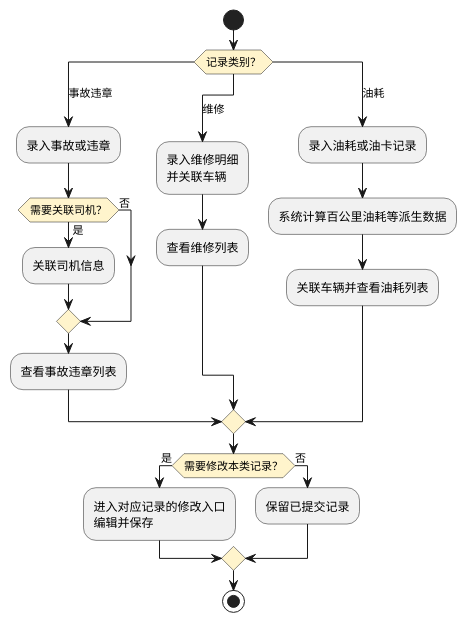
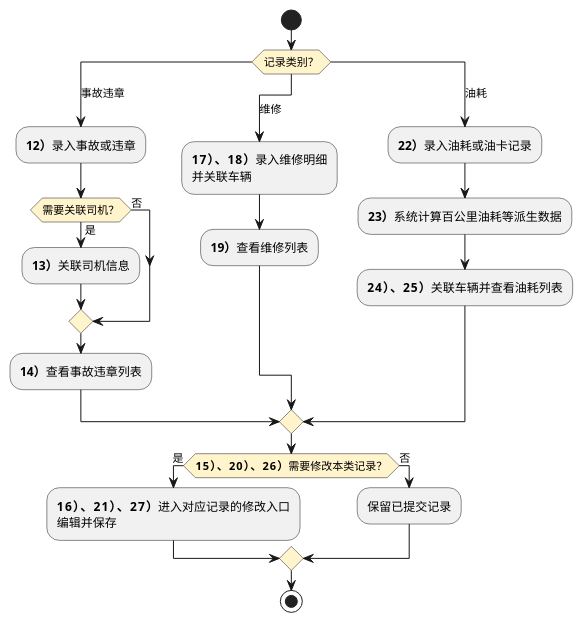
The second of 2 diagrams in product-caliber/goldjet/segmented-prd/PRD.高捷物流系统一期.第017篇.航晟车队管理.03280CBA2C.md (jack888332/projects-doc), drawn with PlantUML before and after one commit. The commit also changed other lines of this file and 24 other files, not shown here.

````diff
--- a/product-caliber/goldjet/segmented-prd/PRD.高捷物流系统一期.第017篇.航晟车队管理.03280CBA2C.md
+++ b/product-caliber/goldjet/segmented-prd/PRD.高捷物流系统一期.第017篇.航晟车队管理.03280CBA2C.md
@@ -75,28 +75,28 @@
 ```plantuml
 @startuml goldjet-017-fleet-record-maintenance
 skinparam activityDiamondBackgroundColor #FFF4CC
 start
 switch (记录类别？)
 case (事故违章)
-  :录入事故或违章;
+  :**12）**录入事故或违章;
   if (需要关联司机？) then (是)
-    :关联司机信息;
+    :**13）**关联司机信息;
   else (否)
   endif
-  :查看事故违章列表;
+  :**14）**查看事故违章列表;
 case (\n维修)
-  :录入维修明细\n并关联车辆;
-  :查看维修列表;
+  :**17）、18）**录入维修明细\n并关联车辆;
+  :**19）**查看维修列表;
 case (油耗)
-  :录入油耗或油卡记录;
-  :系统计算百公里油耗等派生数据;
-  :关联车辆并查看油耗列表;
+  :**22）**录入油耗或油卡记录;
+  :**23）**系统计算百公里油耗等派生数据;
+  :**24）、25）**关联车辆并查看油耗列表;
 endswitch
-if (需要修改本类记录？) then (是)
-  :进入对应记录的修改入口\n编辑并保存;
+if (**15）、20）、26）**需要修改本类记录？) then (是)
+  :**16）、21）、27）**进入对应记录的修改入口\n编辑并保存;
 else (否)
   :保留已提交记录;
 endif
 stop
 @enduml
 ```
````
